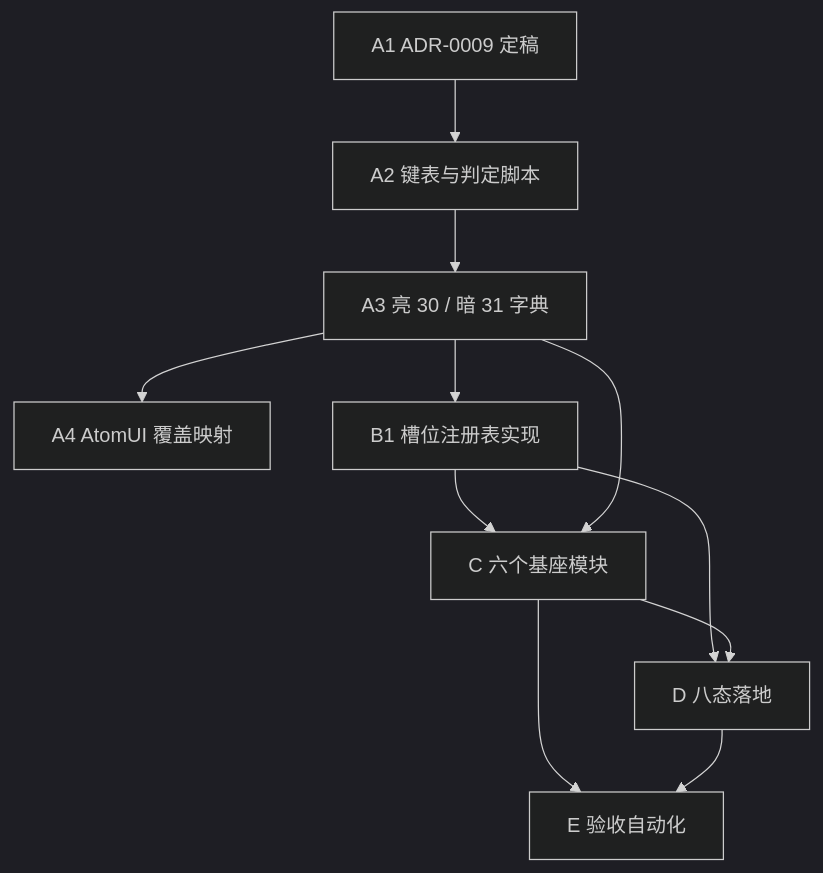
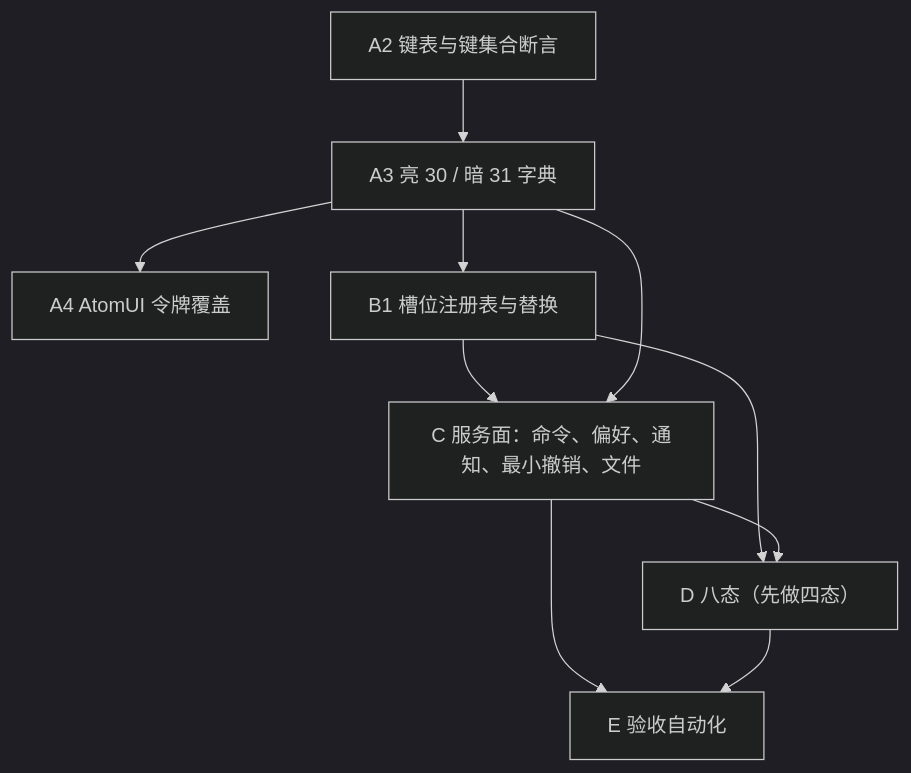
The diagram in docs/plans/lukan/PLAN-0002-architecture-rollout.md (xknife-erian/ImageLyre), drawn with Mermaid (dark theme) before and after one commit. The commit also changed other lines of this file and 3 other files, not shown here.

````diff
--- a/docs/plans/lukan/PLAN-0002-architecture-rollout.md
+++ b/docs/plans/lukan/PLAN-0002-architecture-rollout.md
@@ -21,13 +23,12 @@
 ```mermaid
 flowchart TD
-    A1["A1 ADR-0009 定稿"] --> A2["A2 键表与判定脚本"]
-    A2 --> A3["A3 亮 30 / 暗 31 字典"]
-    A3 --> A4["A4 AtomUI 覆盖映射"]
-    A3 --> B1["B1 槽位注册表实现"]
-    B1 --> C["C 六个基座模块"]
+    A2["A2 键表与键集合断言"] --> A3["A3 亮 30 / 暗 31 字典"]
+    A3 --> A4["A4 AtomUI 令牌覆盖"]
+    A3 --> B1["B1 槽位注册表与替换"]
+    B1 --> C["C 服务面：命令、偏好、通知、最小撤销、文件"]
     A3 --> C
-    B1 --> D["D 八态落地"]
+    B1 --> D["D 八态（先做四态）"]
     C --> D
     C --> E["E 验收自动化"]
     D --> E
 ```
````
